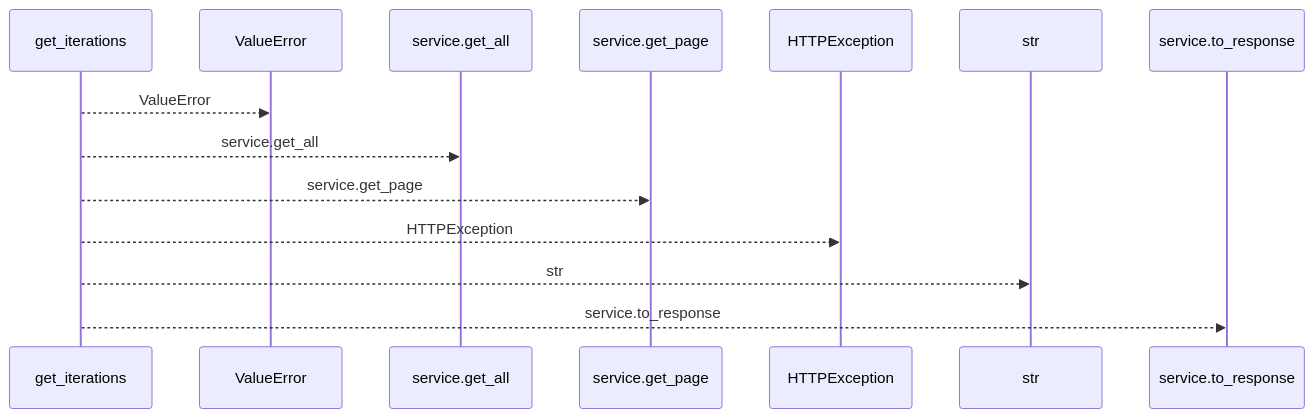
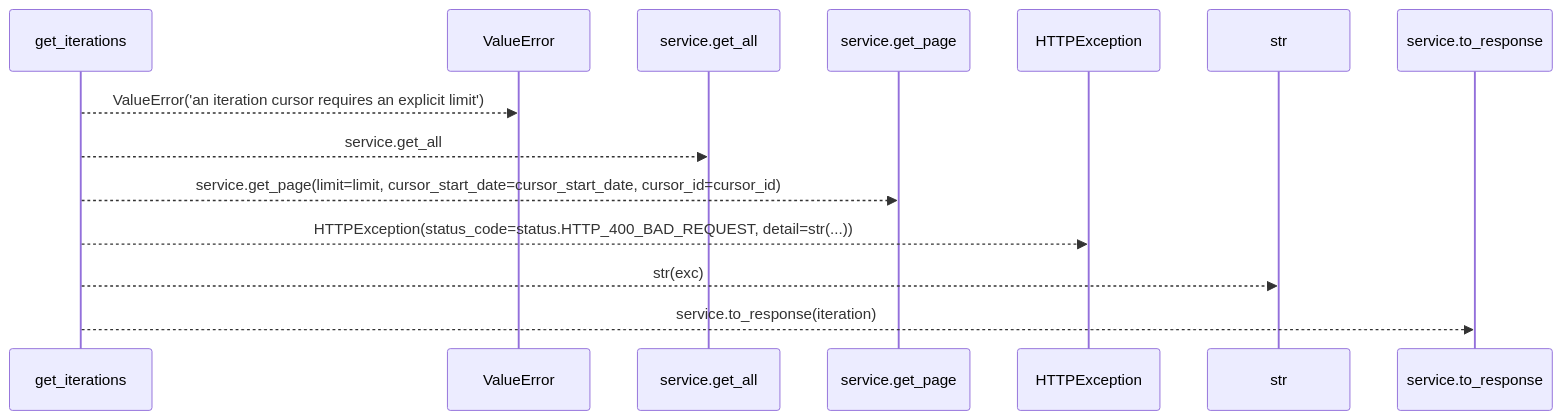
One commit to Denissvgn/WorkChord changed the first of 2 diagrams in docs/llm_wiki/flows/http-get_iterations.md. Above: the diagram before and after it, drawn with Mermaid. The commit also changed other lines of this file and 25171 other files, not shown here.

````diff
--- a/docs/llm_wiki/flows/http-get_iterations.md
+++ b/docs/llm_wiki/flows/http-get_iterations.md
@@ -10,16 +12,16 @@
 ```mermaid
 sequenceDiagram
     participant p0 as get_iterations
     participant p1 as ValueError
     participant p2 as service.get_all
     participant p3 as service.get_page
     participant p4 as HTTPException
     participant p5 as str
     participant p6 as service.to_response
-    p0-->>p1: ValueError
+    p0-->>p1: ValueError('an iteration cursor requires an explicit limit')
     p0-->>p2: service.get_all
-    p0-->>p3: service.get_page
-    p0-->>p4: HTTPException
-    p0-->>p5: str
-    p0-->>p6: service.to_response
+    p0-->>p3: service.get_page(limit=limit, cursor_start_date=cursor_start_date, cursor_id=cursor_id)
+    p0-->>p4: HTTPException(status_code=status.HTTP_400_BAD_REQUEST, detail=str(...))
+    p0-->>p5: str(exc)
+    p0-->>p6: service.to_response(iteration)
 ```
````
